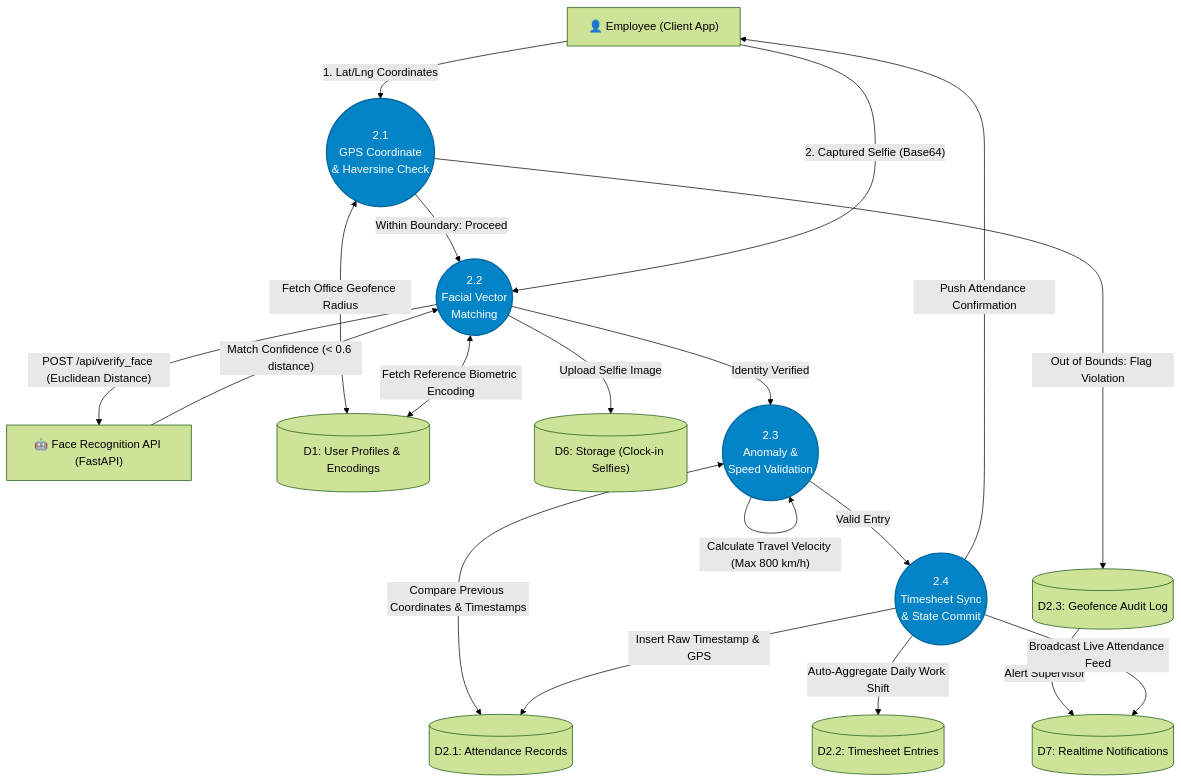
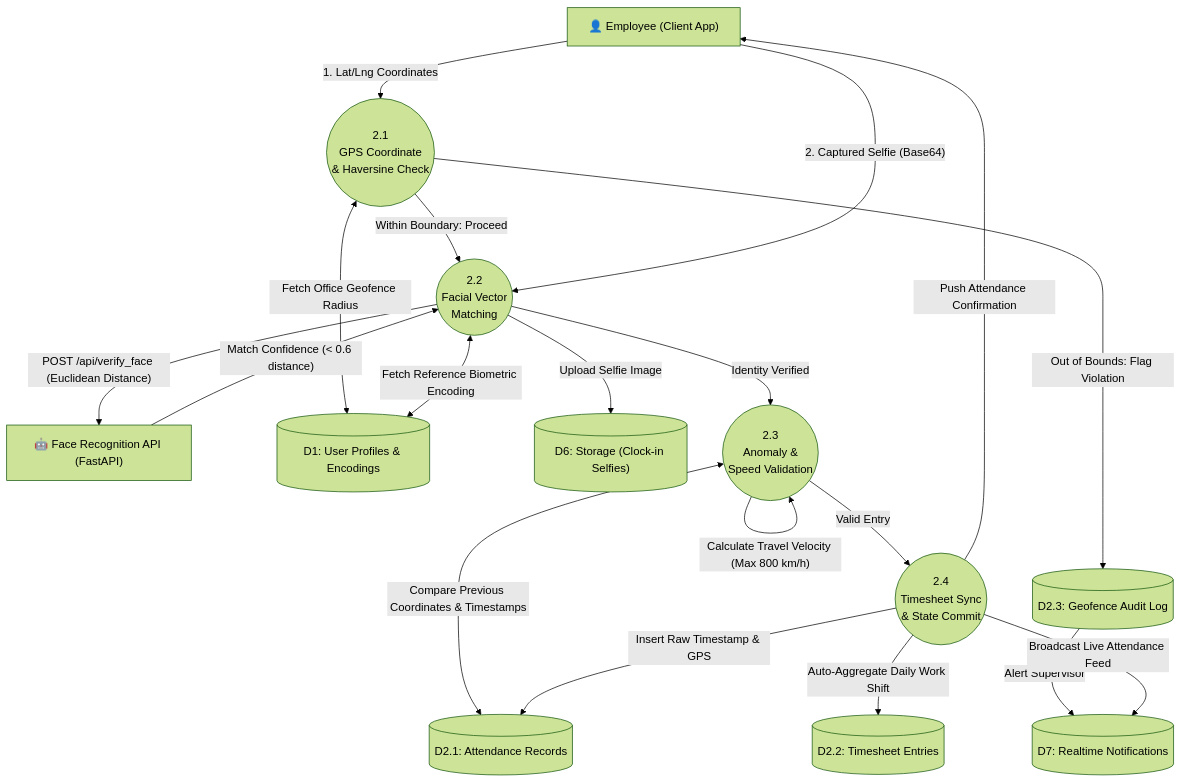
The third of 4 diagrams in Documentation/data_flow_diagram.md (vincenico28/WorkForcePro), drawn with Mermaid (forest theme) before and after one commit. The commit also changed other lines of this file and 1 other file, not shown here.

````diff
--- a/Documentation/data_flow_diagram.md
+++ b/Documentation/data_flow_diagram.md
@@ -184,50 +161,44 @@
 ```mermaid
 graph TD
     %% Entity & External Services
     EMP["👤 Employee (Client App)"]
     AI_EXT["🤖 Face Recognition API (FastAPI)"]
     
     %% Stores
     D1[("D1: User Profiles & Encodings")]
     D2_1[("D2.1: Attendance Records")]
     D2_2[("D2.2: Timesheet Entries")]
     D2_3[("D2.3: Geofence Audit Log")]
     D6[("D6: Storage (Clock-in Selfies)")]
     D7[("D7: Realtime Notifications")]
 
     %% Sub-processes of 2.0
     P2_1(("2.1<br/>GPS Coordinate<br/>& Haversine Check"))
     P2_2(("2.2<br/>Facial Vector<br/>Matching"))
     P2_3(("2.3<br/>Anomaly &<br/>Speed Validation"))
     P2_4(("2.4<br/>Timesheet Sync<br/>& State Commit"))
 
     %% Flows
     EMP -->|"1. Lat/Lng Coordinates"| P2_1
     P2_1 <-->|"Fetch Office Geofence Radius"| D1
     
     P2_1 -->|"Within Boundary: Proceed"| P2_2
     P2_1 -->|"Out of Bounds: Flag Violation"| D2_3
     D2_3 -->|"Alert Supervisor"| D7
 
     EMP -->|"2. Captured Selfie (Base64)"| P2_2
     P2_2 <-->|"Fetch Reference Biometric Encoding"| D1
     P2_2 -->|"POST /api/verify_face (Euclidean Distance)"| AI_EXT
-    AI_EXT -->|"Match Confidence (&lt; 0.6 distance)"| P2_2
+    AI_EXT -->|"Match Confidence (< 0.6 distance)"| P2_2
     P2_2 -->|"Upload Selfie Image"| D6
 
     P2_2 -->|"Identity Verified"| P2_3
     P2_3 <-->|"Compare Previous Coordinates & Timestamps"| D2_1
     P2_3 -->|"Calculate Travel Velocity (Max 800 km/h)"| P2_3
 
     P2_3 -->|"Valid Entry"| P2_4
     P2_4 -->|"Insert Raw Timestamp & GPS"| D2_1
     P2_4 -->|"Auto-Aggregate Daily Work Shift"| D2_2
     P2_4 -->|"Push Attendance Confirmation"| EMP
     P2_4 -->|"Broadcast Live Attendance Feed"| D7
-
-    %% Styling
-    style P2_1 fill:#0284c7,stroke:#0369a1,stroke-width:2px,color:#fff
-    style P2_2 fill:#0284c7,stroke:#0369a1,stroke-width:2px,color:#fff
-    style P2_3 fill:#0284c7,stroke:#0369a1,stroke-width:2px,color:#fff
-    style P2_4 fill:#0284c7,stroke:#0369a1,stroke-width:2px,color:#fff
 ```
````
